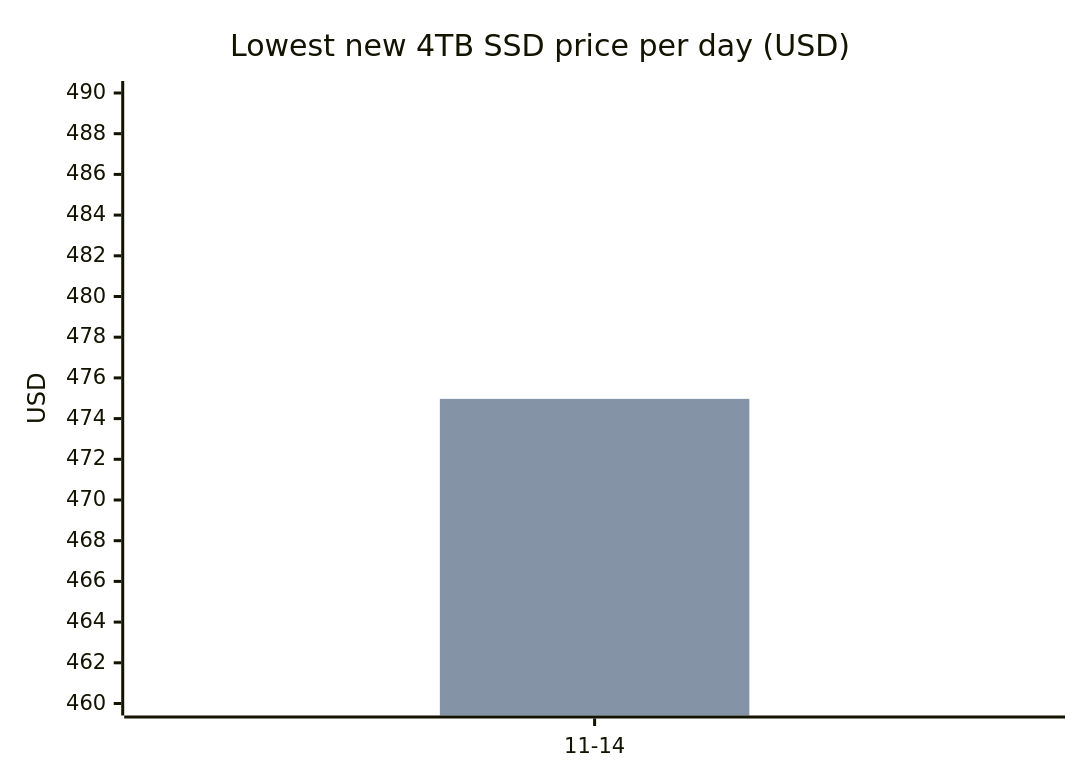
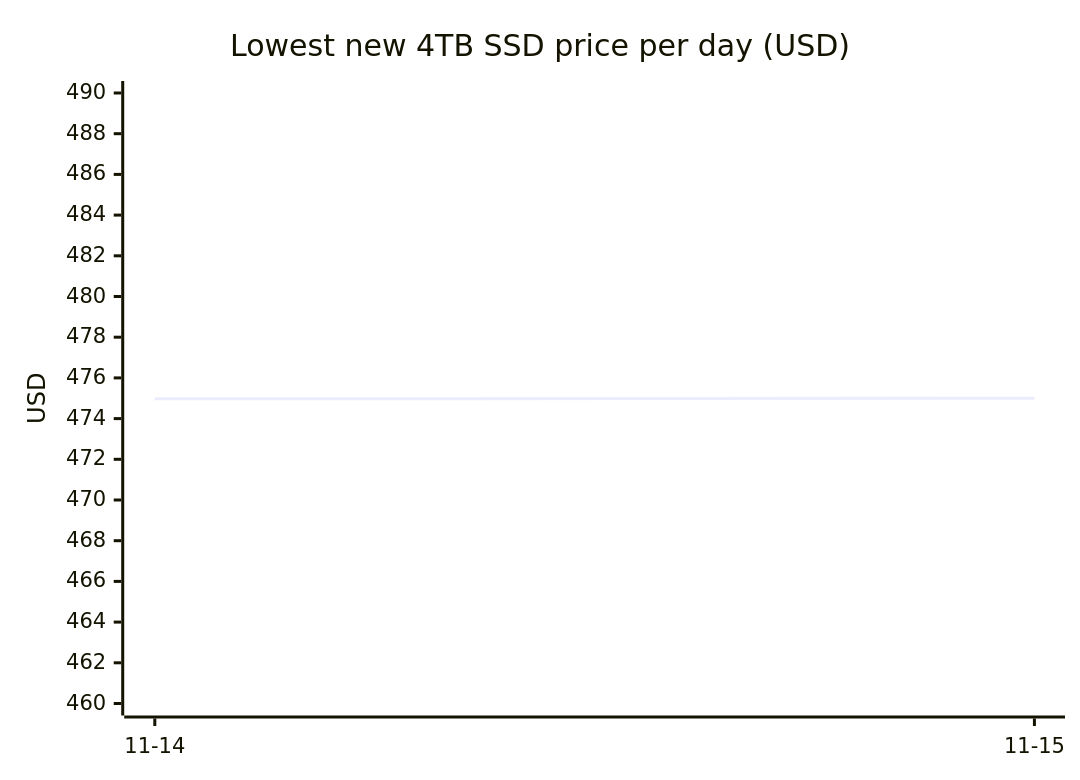
The first of 4 diagrams in README.md (7324136828/4tb_ssd_price_watch), drawn with Mermaid before and after one commit. The commit also changed other lines of this file and 2 other files, not shown here.

````diff
--- a/README.md
+++ b/README.md
@@ -50,8 +50,7 @@
 ```mermaid
 xychart-beta
     title "Lowest new 4TB SSD price per day (USD)"
-    x-axis ["11-14"]
+    x-axis ["11-14", "11-15"]
     y-axis "USD" 460 --> 490
-    line [474.97]
-    bar [474.97]
+    line [474.97, 475.00]
 ```
````
